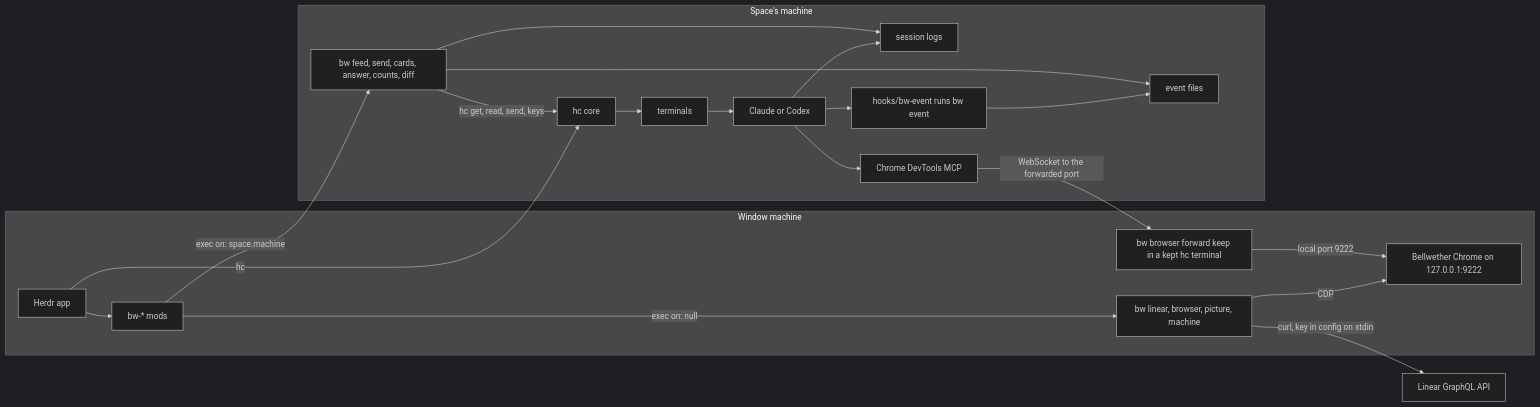
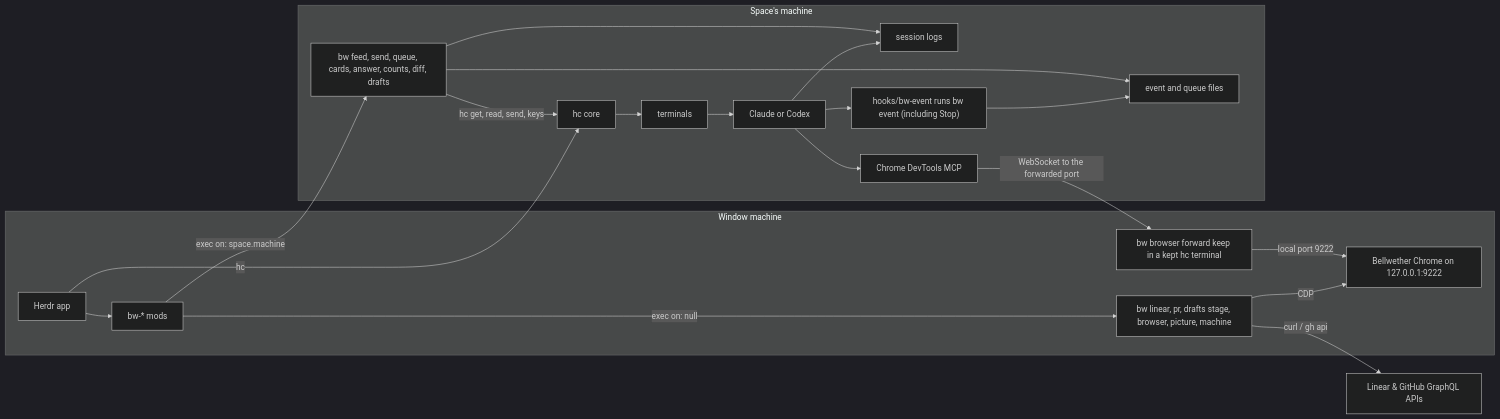
The diagram in docs/architecture.md (dileep-kishore/bellwether), drawn with Mermaid (dark theme) before and after one commit. The commit also changed other lines of this file and 17 other files, not shown here.

````diff
--- a/docs/architecture.md
+++ b/docs/architecture.md
@@ -11,36 +11,36 @@
 ```mermaid
 flowchart LR
   subgraph W["Window machine"]
     App["Herdr app"]
     Mods["bw-* mods"]
-    BWW["bw linear, browser, picture, machine"]
+    BWW["bw linear, pr, drafts stage, browser, picture, machine"]
     Chrome["Bellwether Chrome on 127.0.0.1:9222"]
     Fwd["bw browser forward keep in a kept hc terminal"]
     App --> Mods
     Mods -- "exec on: null" --> BWW
     BWW -- "CDP" --> Chrome
     Fwd -- "local port 9222" --> Chrome
   end
-  Linear["Linear GraphQL API"]
-  BWW -- "curl, key in config on stdin" --> Linear
+  Linear["Linear & GitHub GraphQL APIs"]
+  BWW -- "curl / gh api" --> Linear
   subgraph S["Space's machine"]
     Core["hc core"]
     Term["terminals"]
     Agent["Claude or Codex"]
-    BWS["bw feed, send, cards, answer, counts, diff"]
+    BWS["bw feed, send, queue, cards, answer, counts, diff, drafts"]
     Logs["session logs"]
-    Hook["hooks/bw-event runs bw event"]
-    Events["event files"]
+    Hook["hooks/bw-event runs bw event (including Stop)"]
+    Events["event and queue files"]
     MCP["Chrome DevTools MCP"]
     Core --> Term --> Agent
     Agent --> Logs
     Agent --> Hook --> Events
     BWS -- "hc get, read, send, keys" --> Core
     BWS --> Logs
     BWS --> Events
     Agent --> MCP
   end
   Mods -- "exec on: space.machine" --> BWS
   App -- "hc" --> Core
   MCP -- "WebSocket to the forwarded port" --> Fwd
 ```
````
